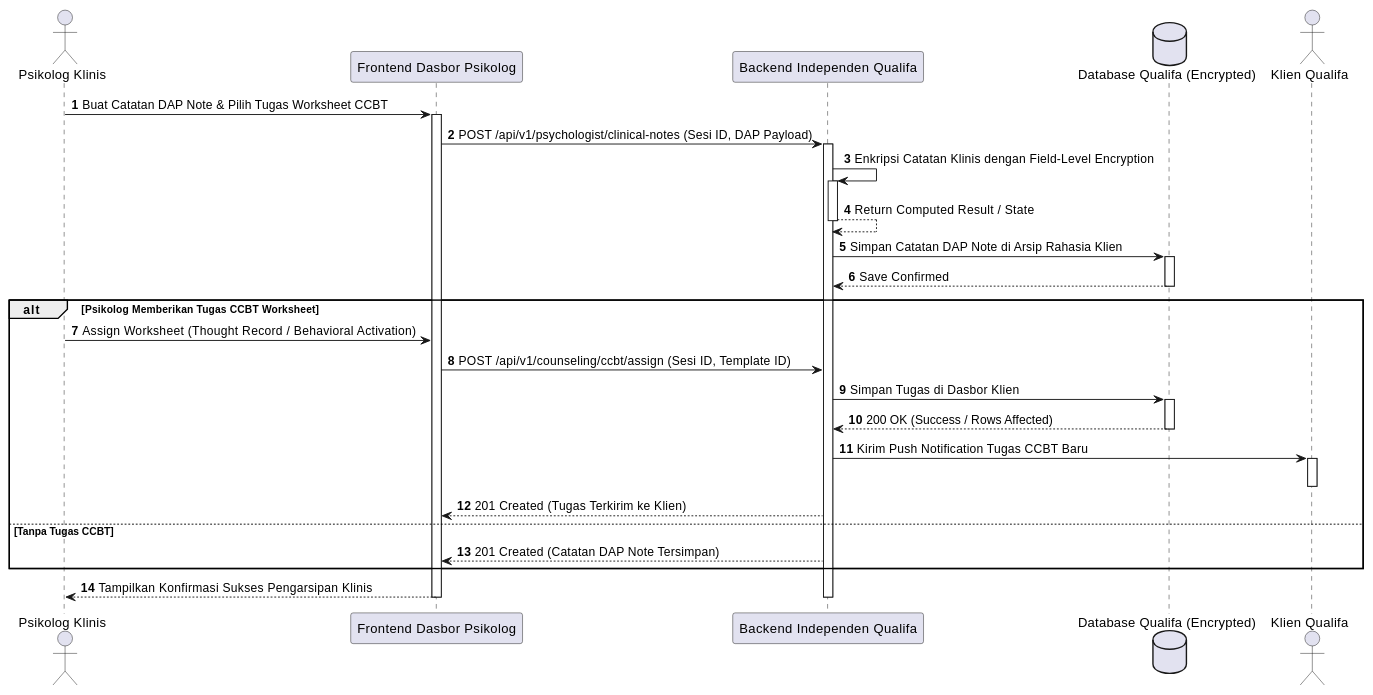
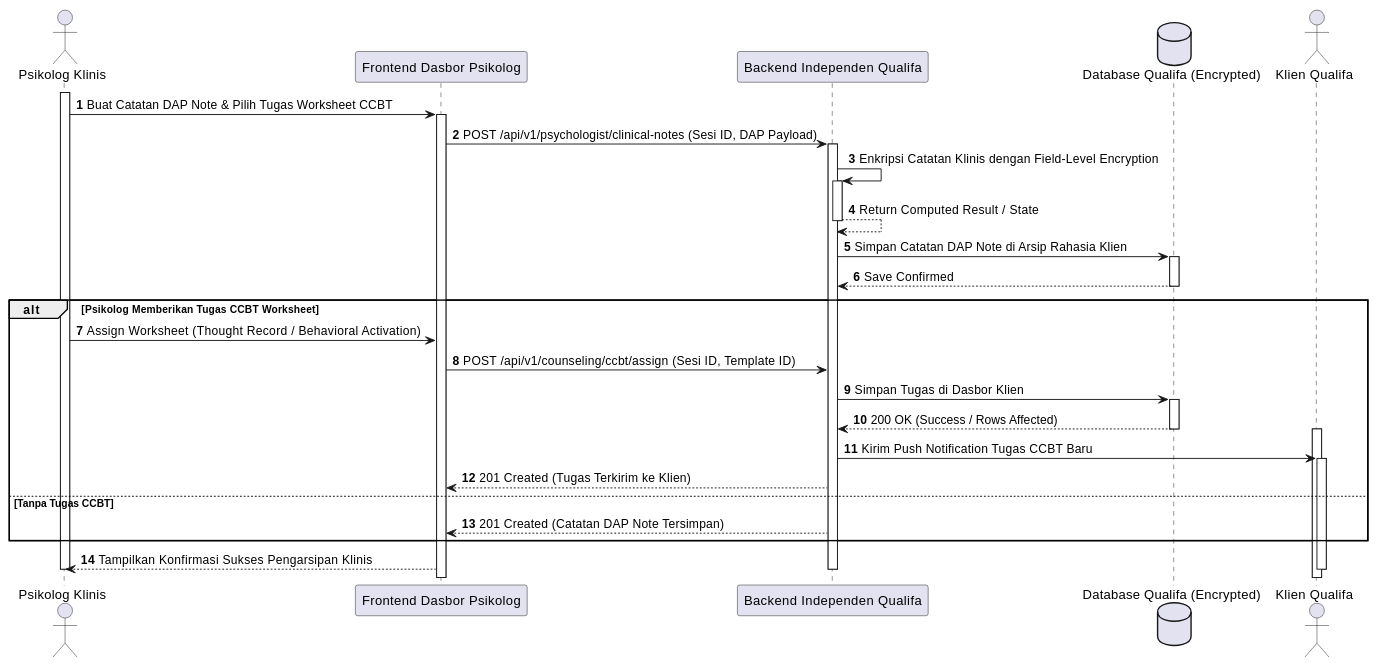
Diagram 23 of 27 in MarkDown/plantuml_sequence_diagrams.md (tupperwureism/SuperApp-Gagal), drawn with PlantUML before and after one commit. The commit also changed other lines of this file and 2 other files, not shown here.

Commit message:
fix(uml): remove shorthand deactivations from actor return arrows and prevent double deactivations across SD Justifiqa and Qualifa

````diff
--- a/MarkDown/plantuml_sequence_diagrams.md
+++ b/MarkDown/plantuml_sequence_diagrams.md
@@ -1111,32 +1105,35 @@
 ```plantuml
 @startuml
 autonumber
 actor "Psikolog Klinis" as Mitra
 participant "Frontend Dasbor Psikolog" as FE
 participant "Backend Independen Qualifa" as BE
 database "Database Qualifa (Encrypted)" as DB
 actor "Klien Qualifa" as Klien
 
+activate Mitra
 Mitra -> FE ++ : Buat Catatan DAP Note & Pilih Tugas Worksheet CCBT
 FE -> BE ++ : POST /api/v1/psychologist/clinical-notes (Sesi ID, DAP Payload)
 BE -> BE ++ : Enkripsi Catatan Klinis dengan Field-Level Encryption
 BE --> BE -- : Return Computed Result / State
 BE -> DB ++ : Simpan Catatan DAP Note di Arsip Rahasia Klien
 DB --> BE -- : Save Confirmed
 
 alt Psikolog Memberikan Tugas CCBT Worksheet
     Mitra -> FE : Assign Worksheet (Thought Record / Behavioral Activation)
     FE -> BE : POST /api/v1/counseling/ccbt/assign (Sesi ID, Template ID)
     BE -> DB ++ : Simpan Tugas di Dasbor Klien
     DB --> BE -- : 200 OK (Success / Rows Affected)
+activate Klien
     BE -> Klien ++ : Kirim Push Notification Tugas CCBT Baru
-    deactivate Klien
     BE --> FE : 201 Created (Tugas Terkirim ke Klien)
 else Tanpa Tugas CCBT
     BE --> FE : 201 Created (Catatan DAP Note Tersimpan)
 end
 
-FE --> Mitra -- : Tampilkan Konfirmasi Sukses Pengarsipan Klinis
+FE --> Mitra : Tampilkan Konfirmasi Sukses Pengarsipan Klinis
 deactivate BE
+deactivate Klien
+deactivate Mitra
 @enduml
 ```
````
